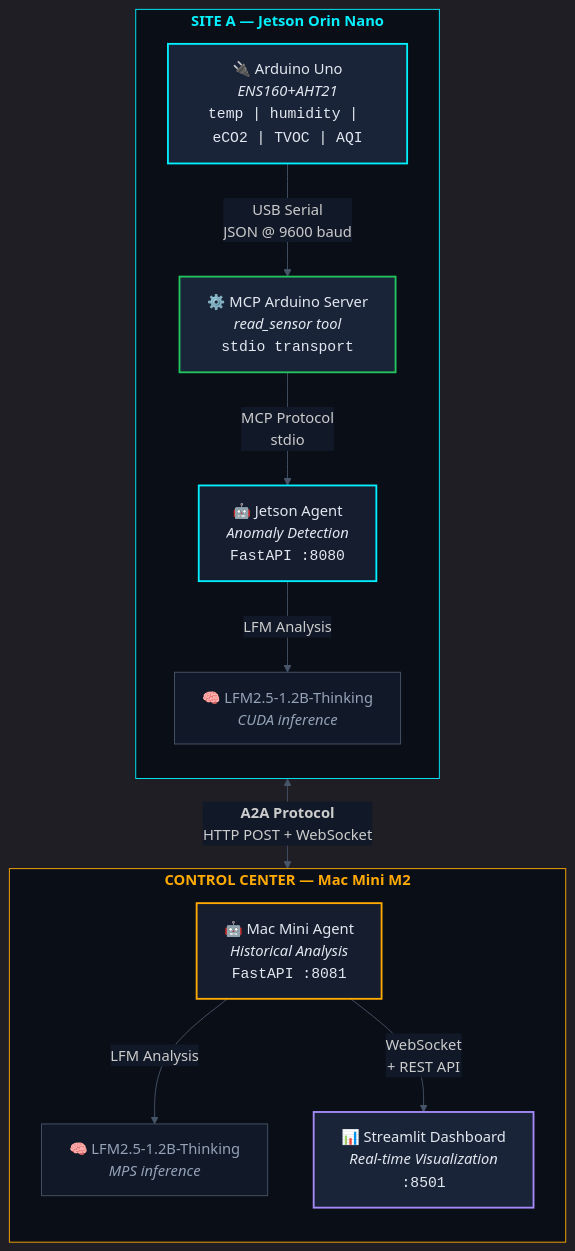
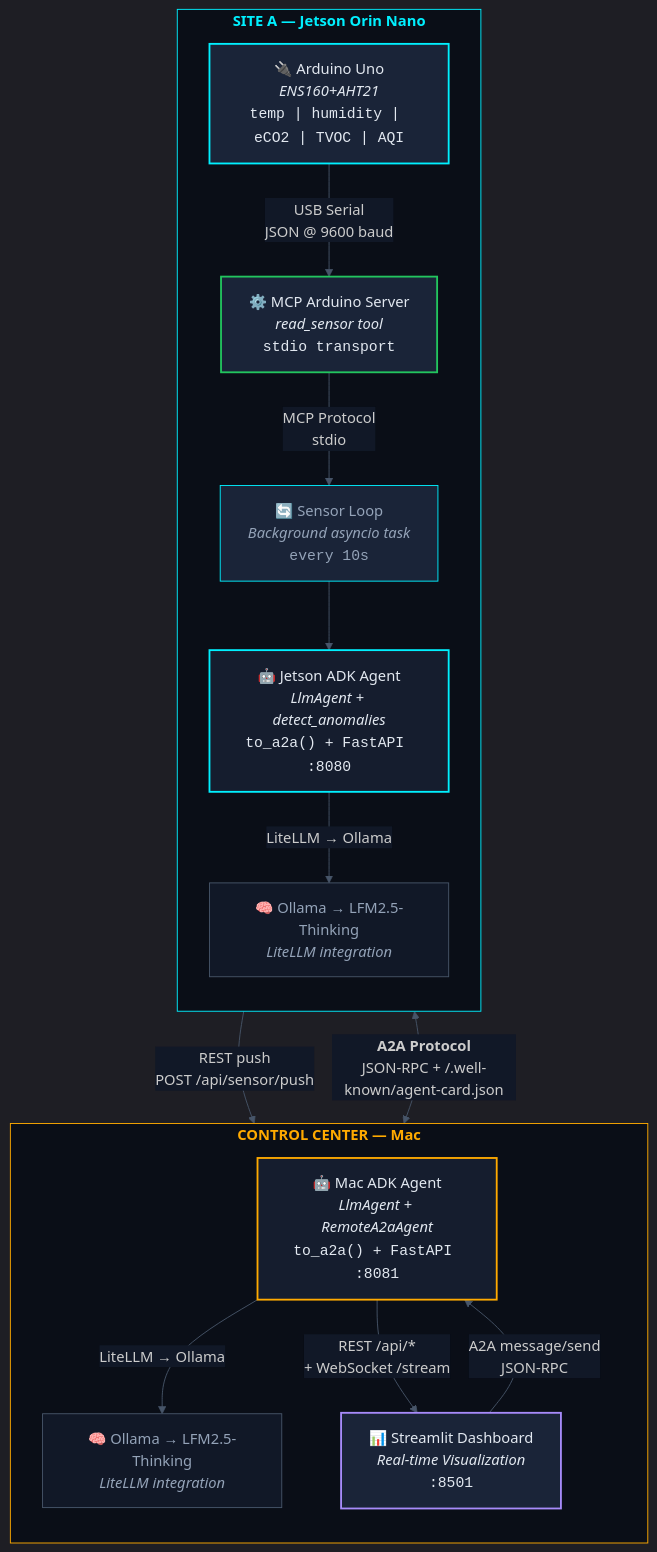
One commit to codecube/AgentEdge changed the diagram in docs/diagrams/architecture.mmd. Above: the diagram before and after it, drawn with Mermaid. The commit also changed 4 other files, not shown here.

First line of the commit message:
Update Mermaid architecture diagrams for ADK migration

```diff
--- a/docs/diagrams/architecture.mmd
+++ b/docs/diagrams/architecture.mmd
@@ -1,34 +1,39 @@
 %%{init: {'theme': 'dark', 'themeVariables': {'primaryColor': '#151d2e', 'primaryTextColor': '#e2e8f0', 'primaryBorderColor': '#334155', 'lineColor': '#475569', 'secondaryColor': '#1a2438', 'tertiaryColor': '#0a0e17', 'edgeLabelBackground': '#111827', 'clusterBkg': '#111827', 'clusterBorder': '#1e293b'}}}%%
 
 graph TB
     subgraph SITE_A["<b>SITE A — Jetson Orin Nano</b>"]
         direction TB
         ARDUINO["🔌 Arduino Uno<br/><i>ENS160+AHT21</i><br/><code>temp | humidity | eCO2 | TVOC | AQI</code>"]
         MCP_SERVER["⚙️ MCP Arduino Server<br/><i>read_sensor tool</i><br/><code>stdio transport</code>"]
-        JETSON["🤖 Jetson Agent<br/><i>Anomaly Detection</i><br/><code>FastAPI :8080</code>"]
-        LFM_J["🧠 LFM2.5-1.2B-Thinking<br/><i>CUDA inference</i>"]
+        SENSOR_LOOP["🔄 Sensor Loop<br/><i>Background asyncio task</i><br/><code>every 10s</code>"]
+        JETSON["🤖 Jetson ADK Agent<br/><i>LlmAgent + detect_anomalies</i><br/><code>to_a2a() + FastAPI :8080</code>"]
+        OLLAMA_J["🧠 Ollama → LFM2.5-Thinking<br/><i>LiteLLM integration</i>"]
     end
 
-    subgraph CONTROL["<b>CONTROL CENTER — Mac Mini M2</b>"]
+    subgraph CONTROL["<b>CONTROL CENTER — Mac</b>"]
         direction TB
-        MACMINI["🤖 Mac Mini Agent<br/><i>Historical Analysis</i><br/><code>FastAPI :8081</code>"]
-        LFM_M["🧠 LFM2.5-1.2B-Thinking<br/><i>MPS inference</i>"]
+        MAC["🤖 Mac ADK Agent<br/><i>LlmAgent + RemoteA2aAgent</i><br/><code>to_a2a() + FastAPI :8081</code>"]
+        OLLAMA_M["🧠 Ollama → LFM2.5-Thinking<br/><i>LiteLLM integration</i>"]
         DASHBOARD["📊 Streamlit Dashboard<br/><i>Real-time Visualization</i><br/><code>:8501</code>"]
     end
 
     ARDUINO -->|"USB Serial<br/>JSON @ 9600 baud"| MCP_SERVER
-    MCP_SERVER -->|"MCP Protocol<br/>stdio"| JETSON
-    JETSON -->|"LFM Analysis"| LFM_J
-    JETSON <-->|"<b>A2A Protocol</b><br/>HTTP POST + WebSocket"| MACMINI
-    MACMINI -->|"LFM Analysis"| LFM_M
-    MACMINI -->|"WebSocket<br/>+ REST API"| DASHBOARD
+    MCP_SERVER -->|"MCP Protocol<br/>stdio"| SENSOR_LOOP
+    SENSOR_LOOP --> JETSON
+    JETSON -->|"LiteLLM → Ollama"| OLLAMA_J
+    SENSOR_LOOP -->|"REST push<br/>POST /api/sensor/push"| MAC
+    JETSON <-->|"<b>A2A Protocol</b><br/>JSON-RPC + /.well-known/agent-card.json"| MAC
+    MAC -->|"LiteLLM → Ollama"| OLLAMA_M
+    MAC -->|"REST /api/*<br/>+ WebSocket /stream"| DASHBOARD
+    DASHBOARD -->|"A2A message/send<br/>JSON-RPC"| MAC
 
     style ARDUINO fill:#1a2438,stroke:#00f0ff,stroke-width:2px,color:#e2e8f0
     style MCP_SERVER fill:#1a2438,stroke:#22c55e,stroke-width:2px,color:#e2e8f0
+    style SENSOR_LOOP fill:#1a2438,stroke:#00f0ff,stroke-width:1px,color:#94a3b8
     style JETSON fill:#151d2e,stroke:#00f0ff,stroke-width:2px,color:#e2e8f0
-    style MACMINI fill:#151d2e,stroke:#ffaa00,stroke-width:2px,color:#e2e8f0
+    style MAC fill:#151d2e,stroke:#ffaa00,stroke-width:2px,color:#e2e8f0
     style DASHBOARD fill:#1a2438,stroke:#a78bfa,stroke-width:2px,color:#e2e8f0
-    style LFM_J fill:#111827,stroke:#475569,stroke-width:1px,color:#94a3b8
-    style LFM_M fill:#111827,stroke:#475569,stroke-width:1px,color:#94a3b8
+    style OLLAMA_J fill:#111827,stroke:#475569,stroke-width:1px,color:#94a3b8
+    style OLLAMA_M fill:#111827,stroke:#475569,stroke-width:1px,color:#94a3b8
     style SITE_A fill:#0a0e17,stroke:#00f0ff,stroke-width:1px,color:#00f0ff
     style CONTROL fill:#0a0e17,stroke:#ffaa00,stroke-width:1px,color:#ffaa00
```
